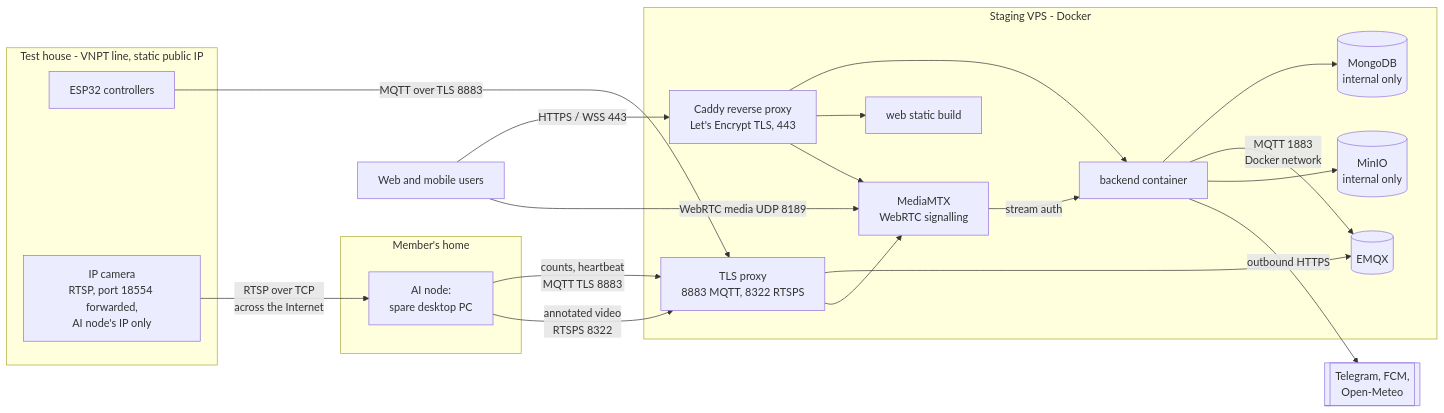
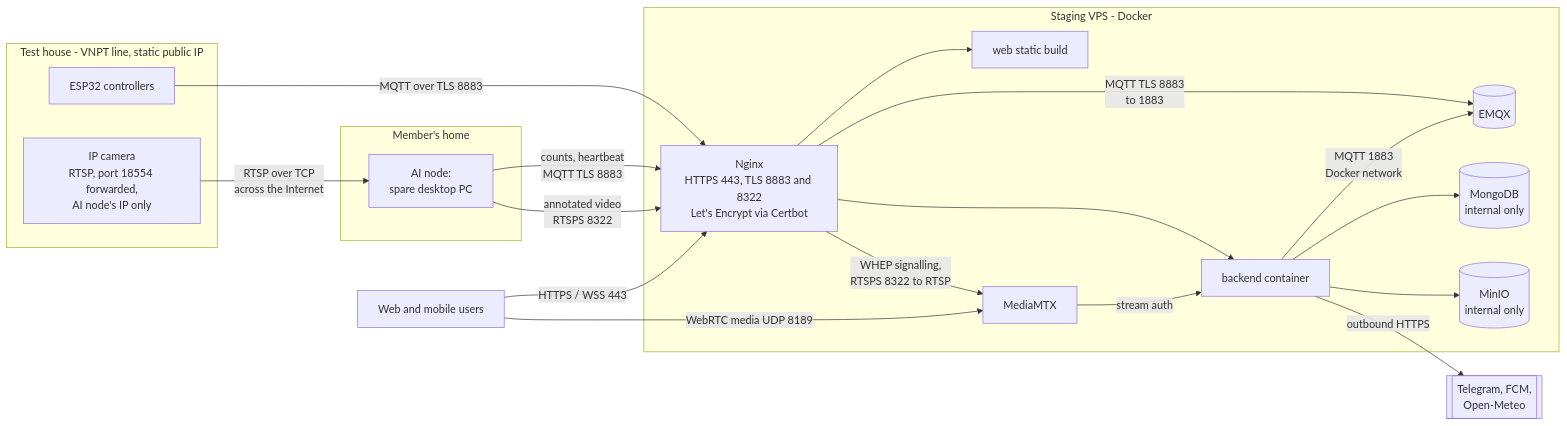
One commit to NBao261/SwiftletCare_KLTN changed diagram 31 of 31 in docs/reports/report4-sdd.md. Above: the diagram before and after it, drawn with Mermaid. The commit also changed other lines of this file and 6 other files, not shown here.

First line of the commit message:
docs(deploy): use Nginx with Certbot instead of Caddy on staging

````diff
--- a/docs/reports/report4-sdd.md
+++ b/docs/reports/report4-sdd.md
@@ -1349,28 +1349,27 @@
 ```mermaid
 flowchart LR
   subgraph VPS[Staging VPS - Docker]
-    RP[Caddy reverse proxy<br/>Let's Encrypt TLS, 443] --> API[backend container]
+    RP[Nginx<br/>HTTPS 443, TLS 8883 and 8322<br/>Let's Encrypt via Certbot] --> API[backend container]
     RP --> WEBS[web static build]
-    RP --> MTX[MediaMTX<br/>WebRTC signalling]
+    RP -- WHEP signalling,<br/>RTSPS 8322 to RTSP --> MTX[MediaMTX]
+    RP -- MQTT TLS 8883<br/>to 1883 --> EMQX[(EMQX)]
     API --> MONGO[(MongoDB<br/>internal only)]
-    API -- MQTT 1883<br/>Docker network --> EMQX[(EMQX)]
-    TLSP[TLS proxy<br/>8883 MQTT, 8322 RTSPS] --> EMQX
-    TLSP --> MTX
+    API -- MQTT 1883<br/>Docker network --> EMQX
     API --> MINIO[(MinIO<br/>internal only)]
     MTX -- stream auth --> API
   end
   subgraph HOUSE[Test house - VNPT line, static public IP]
     ESP[ESP32 controllers]
     CAM[IP camera<br/>RTSP, port 18554 forwarded,<br/>AI node's IP only]
   end
   subgraph HOME[Member's home]
     PC[AI node:<br/>spare desktop PC]
   end
   CAM -- RTSP over TCP<br/>across the Internet --> PC
-  ESP -- MQTT over TLS 8883 --> TLSP
-  PC -- counts, heartbeat<br/>MQTT TLS 8883 --> TLSP
-  PC -- annotated video<br/>RTSPS 8322 --> TLSP
+  ESP -- MQTT over TLS 8883 --> RP
+  PC -- counts, heartbeat<br/>MQTT TLS 8883 --> RP
+  PC -- annotated video<br/>RTSPS 8322 --> RP
   USERS[Web and mobile users] -- HTTPS / WSS 443 --> RP
   USERS -- WebRTC media UDP 8189 --> MTX
   API -- outbound HTTPS --> EXT[[Telegram, FCM,<br/>Open-Meteo]]
 ```
````
